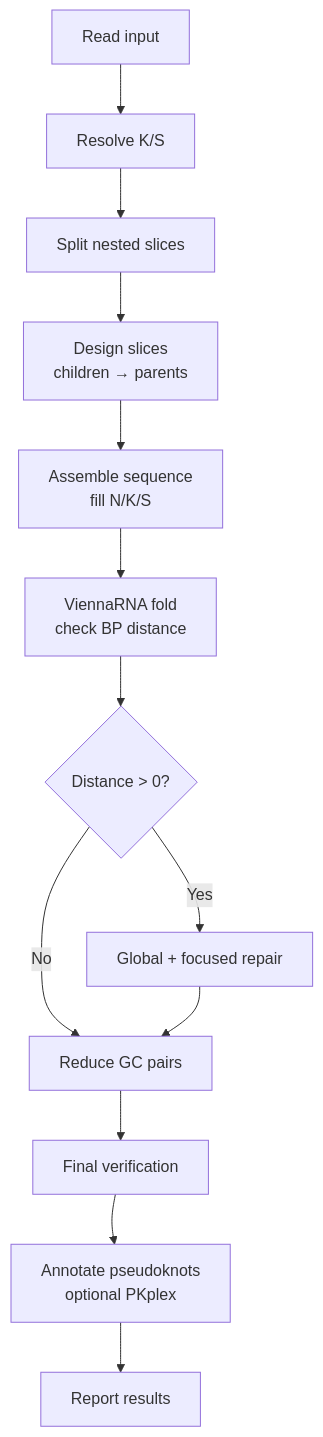
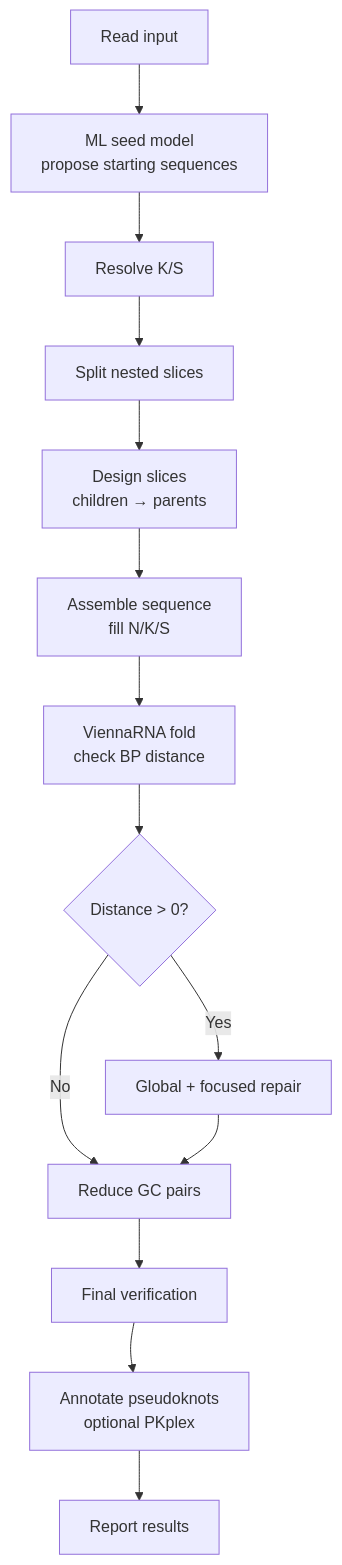
The first of 3 diagrams in README.md (HenrikMengkrogen/AROS), drawn with Mermaid before and after one commit. The commit also changed other lines of this file, not shown here.

````diff
--- a/README.md
+++ b/README.md
@@ -62,19 +76,20 @@
 ```mermaid
 
 flowchart TD
-    A[Read input] --> B[Resolve K/S]
+    A[Read input] --> A2[ML seed model<br/>propose starting sequences]
+    A2 --> B[Resolve K/S]
     B --> C[Split nested slices]
     C --> D[Design slices<br/>children → parents]
     D --> E[Assemble sequence<br/>fill N/K/S]
     E --> F[ViennaRNA fold<br/>check BP distance]
     F --> G{Distance > 0?}
     G -->|Yes| H[Global + focused repair]
     G -->|No| I[Reduce GC pairs]
     H --> I
     I --> J[Final verification]
 
     J --> K[Annotate pseudoknots<br/>optional PKplex]
     K --> L[Report results]
 
     J ~~~ K
 ```
````
